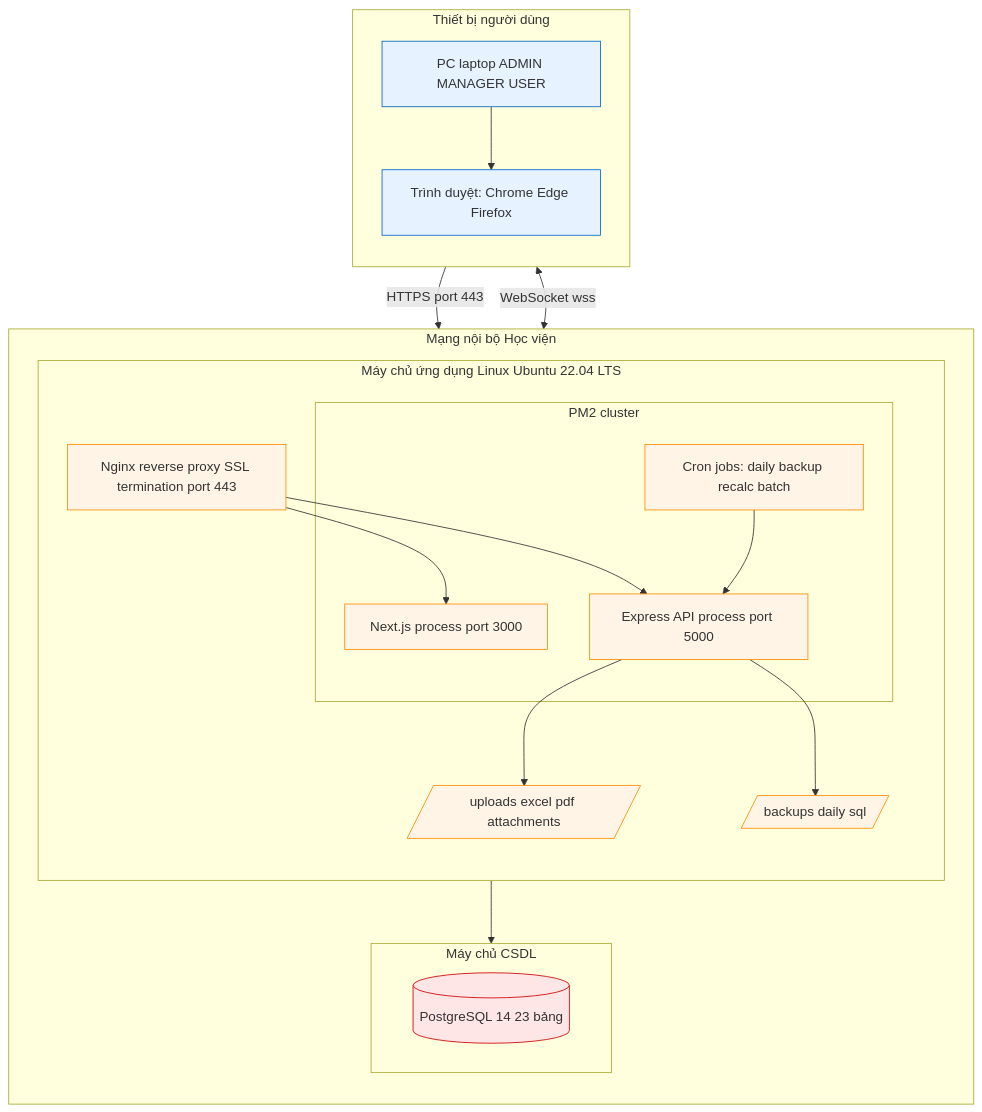
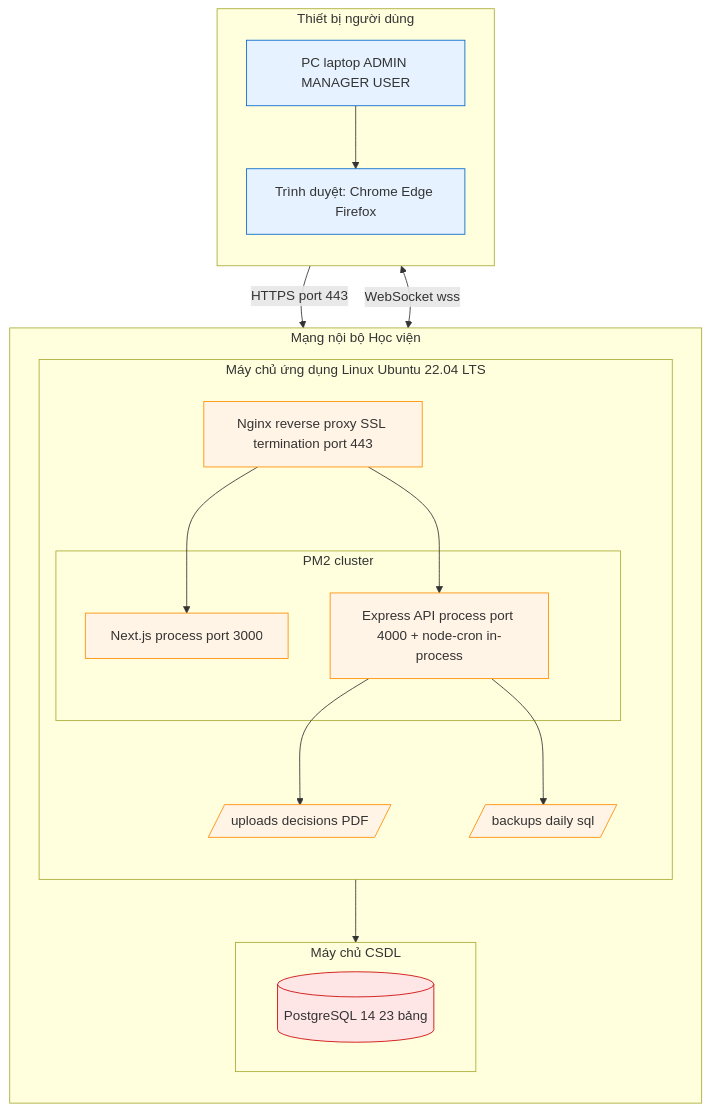
The first of 2 diagrams in docs/diagrams/07-deployment.md (tranducbk/DATN_PM_QLKT), drawn with Mermaid before and after one commit. The commit also changed other lines of this file and 18 other files, not shown here.

First line of the commit message:
Update diagrams, slides and supplementary docs

````diff
--- a/docs/diagrams/07-deployment.md
+++ b/docs/diagrams/07-deployment.md
@@ -9,47 +9,45 @@
 ```mermaid
 flowchart TB
     subgraph CLIENT[Thiết bị người dùng]
         direction TB
         PC[PC laptop ADMIN MANAGER USER]
         BR[Trình duyệt: Chrome Edge Firefox]
         PC --> BR
     end
 
     subgraph LAN[Mạng nội bộ Học viện]
         direction TB
 
         subgraph SERVER[Máy chủ ứng dụng Linux Ubuntu 22.04 LTS]
             direction TB
             NX[Nginx reverse proxy SSL termination port 443]
             subgraph PM2[PM2 cluster]
                 FE[Next.js process port 3000]
-                BE[Express API process port 5000]
-                CRON[Cron jobs: daily backup recalc batch]
+                BE[Express API process port 4000 + node-cron in-process]
             end
-            UPLOADS[/uploads excel pdf attachments/]
+            UPLOADS[/uploads decisions PDF/]
             BACKUPS[/backups daily sql/]
             NX --> FE
             NX --> BE
             BE --> UPLOADS
             BE --> BACKUPS
-            CRON --> BE
         end
 
         subgraph DBSRV[Máy chủ CSDL]
             PG[(PostgreSQL 14 23 bảng)]
         end
 
         SERVER --> DBSRV
     end
 
     BR -->|HTTPS port 443| NX
     BR <-->|WebSocket wss| BE
 
     classDef client fill:#e6f2ff,stroke:#0066cc
     classDef server fill:#fff4e6,stroke:#ff8c00
     classDef db fill:#ffe6e6,stroke:#cc0000
 
     class PC,BR client
-    class NX,FE,BE,CRON,UPLOADS,BACKUPS server
+    class NX,FE,BE,UPLOADS,BACKUPS server
     class PG db
 ```
````
